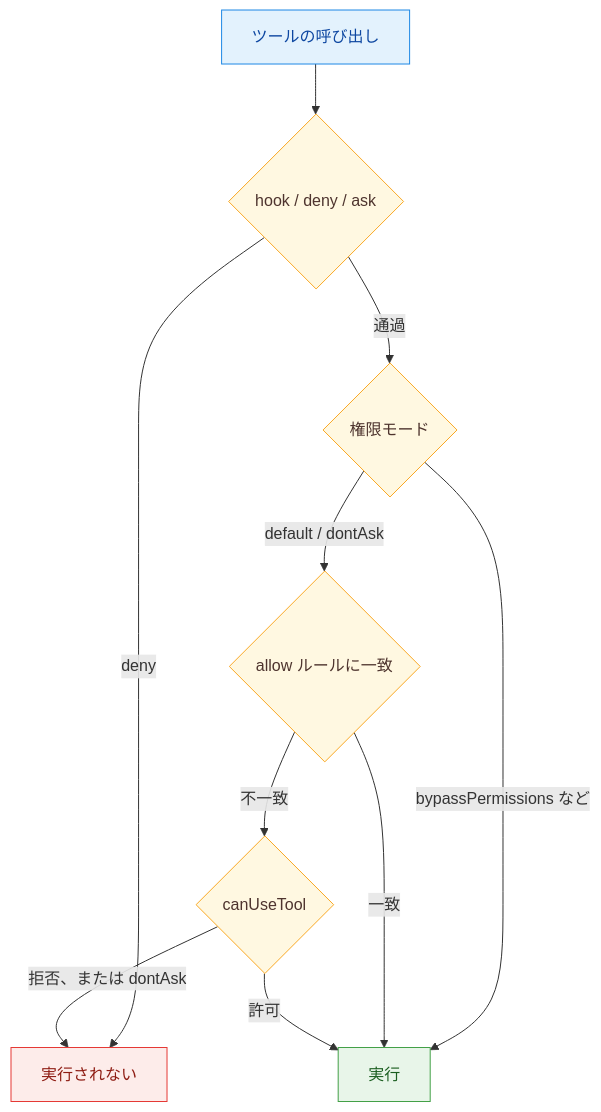
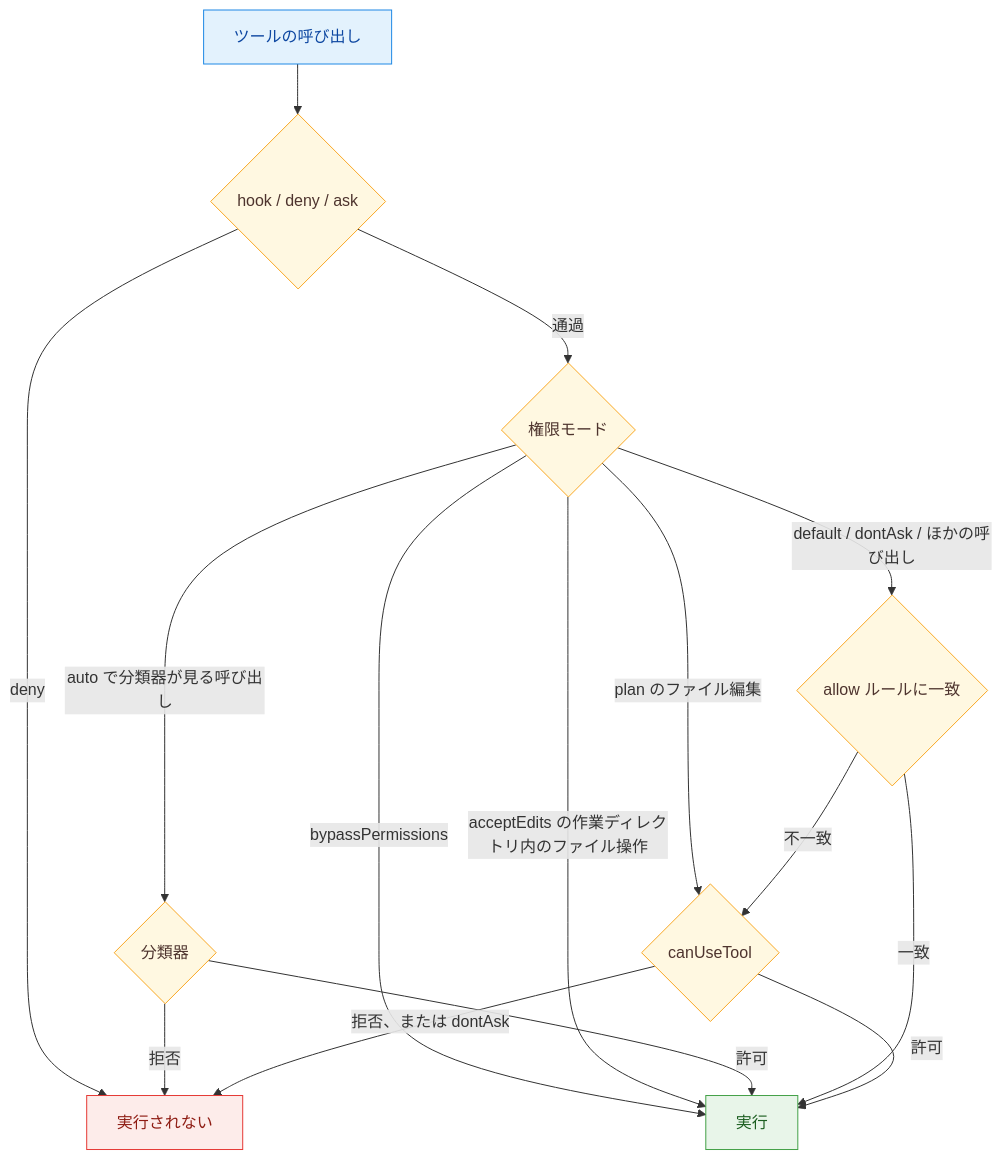
The diagram in ccdv-f/notes/01-agents-workflows/agent-sdk-construction.md (yuya-take/yuya-exam-notes), drawn with Mermaid before and after one commit. The commit also changed other lines of this file and 5 other files, not shown here.

````diff
--- a/ccdv-f/notes/01-agents-workflows/agent-sdk-construction.md
+++ b/ccdv-f/notes/01-agents-workflows/agent-sdk-construction.md
@@ -12,20 +12,25 @@
 ```mermaid
 flowchart TD
   A[ツールの呼び出し] --> B{hook / deny / ask}
   B -- deny --> X[実行されない]
   B -- 通過 --> C{権限モード}
-  C -- bypassPermissions など --> E[実行]
-  C -- default / dontAsk --> D{allow ルールに一致}
+  C -- bypassPermissions --> E[実行]
+  C -- acceptEdits の作業ディレクトリ内のファイル操作 --> E
+  C -- auto で分類器が見る呼び出し --> M{分類器}
+  M -- 許可 --> E
+  M -- 拒否 --> X
+  C -- plan のファイル編集 --> F
+  C -- default / dontAsk / ほかの呼び出し --> D{allow ルールに一致}
   D -- 一致 --> E
   D -- 不一致 --> F{canUseTool}
   F -- 許可 --> E
   F -- 拒否、または dontAsk --> X
   classDef run fill:#e3f2fd,stroke:#1e88e5,color:#0d47a1
   classDef judge fill:#fff8e1,stroke:#f9a825,color:#4e342e
   classDef done fill:#e8f5e9,stroke:#43a047,color:#1b5e20
   classDef ng fill:#fdecea,stroke:#e53935,color:#8e1c13
   class A run
-  class B,C,D,F judge
+  class B,C,D,F,M judge
   class E done
   class X ng
 ```
````
